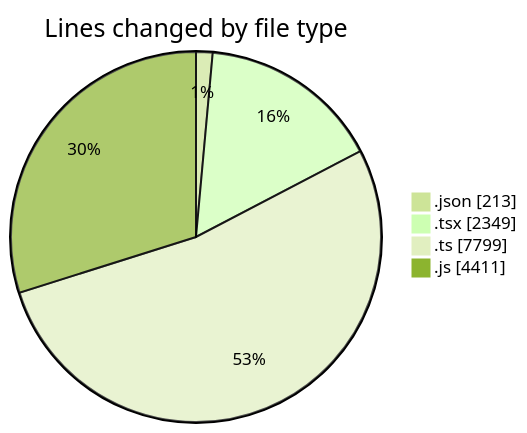
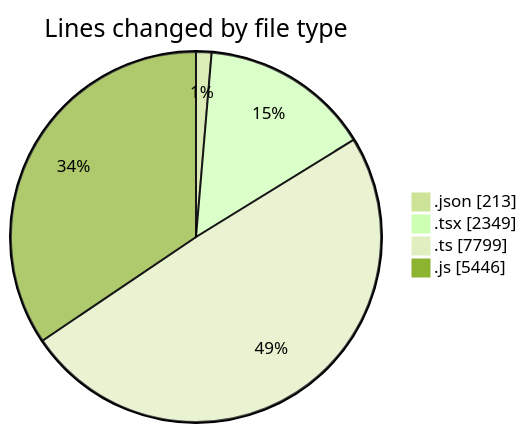
One commit to momahboobian/code-tracking changed the first of 2 diagrams in 2025-07-28/cda/README.md. Above: the diagram before and after it, drawn with Mermaid (forest theme). The commit also changed other lines of this file and 1 other file, not shown here.

````diff
--- a/2025-07-28/cda/README.md
+++ b/2025-07-28/cda/README.md
@@ -32,8 +32,8 @@
 ```mermaid
 pie showData
 title Lines changed by file type
 ".json" : 213
 ".tsx" : 2349
 ".ts" : 7799
-".js" : 4411
+".js" : 5446
 ```
````
